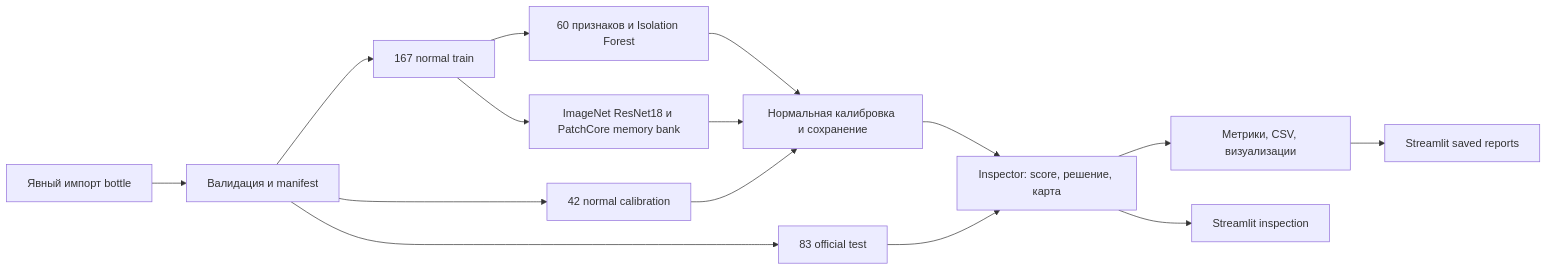
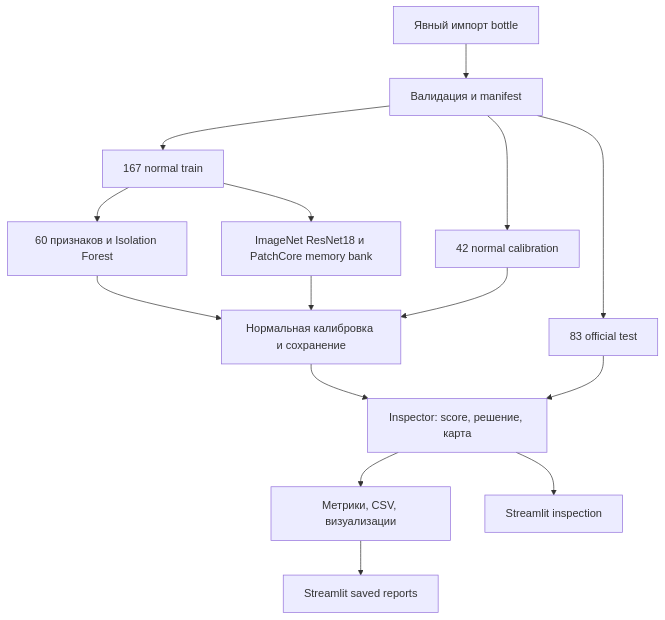
The diagram in docs/reproduce.md (FoigelVladimir/qualityPilot-Lite), drawn with Mermaid before and after one commit. The commit also changed 1 other file, not shown here.

Commit message:
Keep architecture diagrams readable in GitHub's content column

````diff
--- a/docs/reproduce.md
+++ b/docs/reproduce.md
@@ -124,17 +124,17 @@
 ```mermaid
-flowchart LR
+flowchart TB
     D[Явный импорт bottle] --> P[Валидация и manifest]
     P --> T[167 normal train]
     P --> C[42 normal calibration]
     P --> E[83 official test]
     T --> B[60 признаков и Isolation Forest]
     T --> M[ImageNet ResNet18 и PatchCore memory bank]
     B --> K[Нормальная калибровка и сохранение]
     M --> K
     C --> K
     K --> I[Inspector: score, решение, карта]
     E --> I
     I --> R[Метрики, CSV, визуализации]
     I --> U[Streamlit inspection]
     R --> V[Streamlit saved reports]
 ```
````
